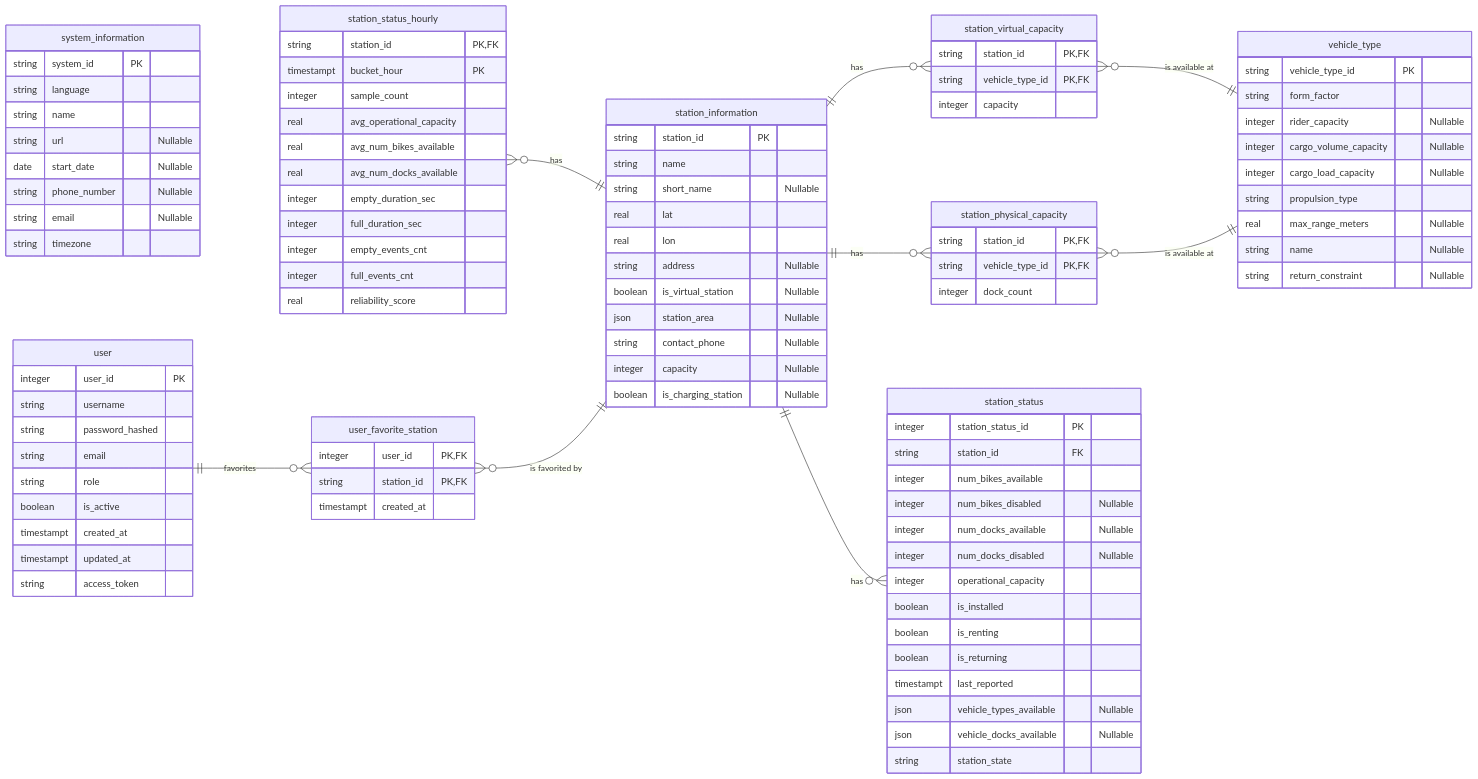
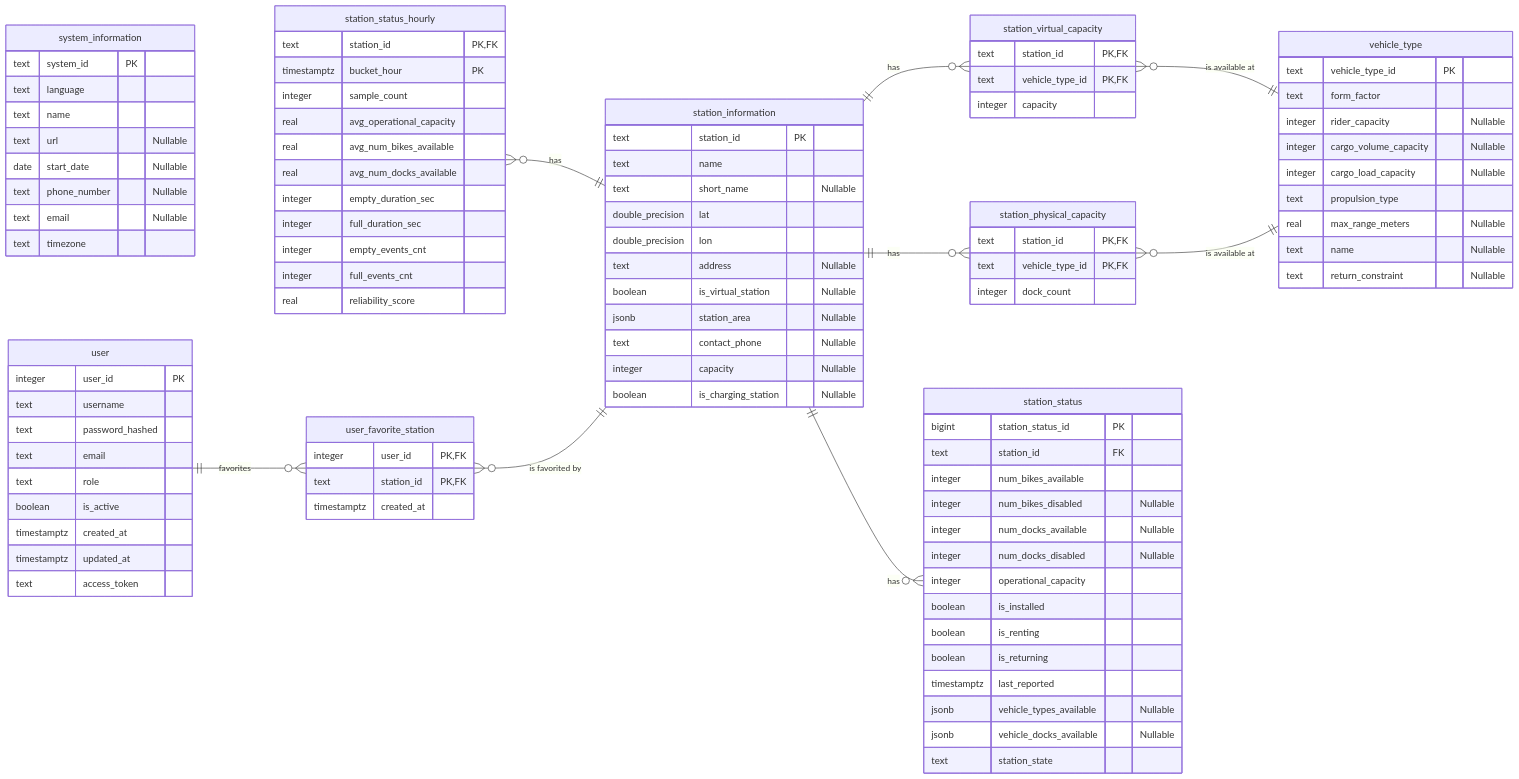
One commit to nathanlaimant/ensai-it-project-2a-team30 changed the diagram in doc/entity_relationship_diagram.md. Above: the diagram before and after it, drawn with Mermaid.

Commit message:
doc: update erd using postgres types

```diff
--- a/doc/entity_relationship_diagram.md
+++ b/doc/entity_relationship_diagram.md
@@ -8,14 +8,14 @@
     %% ═══════════════════════════════════════════════
 
     system_information {
-        string system_id PK
-        string language
-        string name
-        string url "Nullable"
+        text system_id PK
+        text language
+        text name
+        text url "Nullable"
         date start_date "Nullable"
-        string phone_number "Nullable"
-        string email "Nullable"
-        string timezone
+        text phone_number "Nullable"
+        text email "Nullable"
+        text timezone
     }
 
     %% ═══════════════════════════════════════════════
@@ -23,15 +23,15 @@
     %% ═══════════════════════════════════════════════
 
     vehicle_type {
-        string vehicle_type_id PK
-        string form_factor
+        text vehicle_type_id PK
+        text form_factor
         integer rider_capacity "Nullable"
         integer cargo_volume_capacity "Nullable"
         integer cargo_load_capacity "Nullable"
-        string propulsion_type
+        text propulsion_type
         real max_range_meters "Nullable"
-        string name "Nullable"
-        string return_constraint "Nullable"
+        text name "Nullable"
+        text return_constraint "Nullable"
     }
 
     %% ═══════════════════════════════════════════════
@@ -39,28 +39,28 @@
     %% ═══════════════════════════════════════════════
 
     station_information {
-        string station_id PK
-        string name
-        string short_name "Nullable"
-        real lat
-        real lon
-        string address "Nullable"
+        text station_id PK
+        text name
+        text short_name "Nullable"
+        double_precision lat
+        double_precision lon
+        text address "Nullable"
         boolean is_virtual_station "Nullable"
-        json station_area "Nullable"
-        string contact_phone "Nullable"
+        jsonb station_area "Nullable"
+        text contact_phone "Nullable"
         integer capacity "Nullable"
         boolean is_charging_station "Nullable"
     }
 
     station_virtual_capacity {
-        string station_id PK,FK
-        string vehicle_type_id PK,FK
+        text station_id PK,FK
+        text vehicle_type_id PK,FK
         integer capacity
     }
 
     station_physical_capacity {
-        string station_id PK,FK
-        string vehicle_type_id PK,FK
+        text station_id PK,FK
+        text vehicle_type_id PK,FK
         integer dock_count
     }
 
@@ -74,8 +74,8 @@
     %% ═══════════════════════════════════════════════
 
     station_status {
-        integer station_status_id PK
-        string station_id FK
+        bigint station_status_id PK
+        text station_id FK
         integer num_bikes_available
         integer num_bikes_disabled "Nullable"
         integer num_docks_available "Nullable"
@@ -84,10 +84,10 @@
         boolean is_installed
         boolean is_renting
         boolean is_returning
-        timestampt last_reported
-        json vehicle_types_available "Nullable"
-        json vehicle_docks_available "Nullable"
-        string station_state
+        timestamptz last_reported
+        jsonb vehicle_types_available "Nullable"
+        jsonb vehicle_docks_available "Nullable"
+        text station_state
     }
 
     station_information ||--o{ station_status : "has"
@@ -97,8 +97,8 @@
     %% ═══════════════════════════════════════════════
 
     station_status_hourly {
-        string station_id PK,FK
-        timestampt bucket_hour PK
+        text station_id PK,FK
+        timestamptz bucket_hour PK
         integer sample_count
         real avg_operational_capacity
         real avg_num_bikes_available
@@ -118,20 +118,20 @@
 
     user {
         integer user_id PK
-        string username 
-        string password_hashed
-        string email
-        string role
+        text username 
+        text password_hashed
+        text email
+        text role
         boolean is_active
-        timestampt created_at
-        timestampt updated_at
-        string access_token
+        timestamptz created_at
+        timestamptz updated_at
+        text access_token
     }
 
     user_favorite_station {
         integer user_id PK,FK
-        string station_id PK,FK
-        timestampt created_at
+        text station_id PK,FK
+        timestamptz created_at
     }
 
     user ||--o{ user_favorite_station : "favorites"
```
